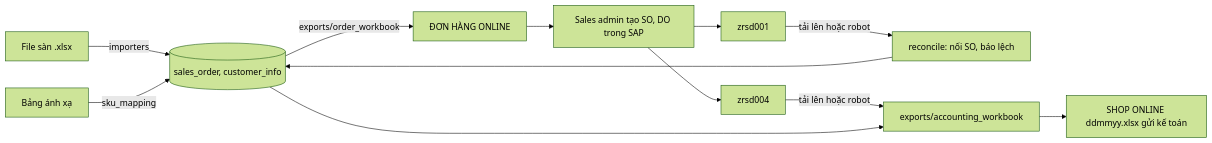
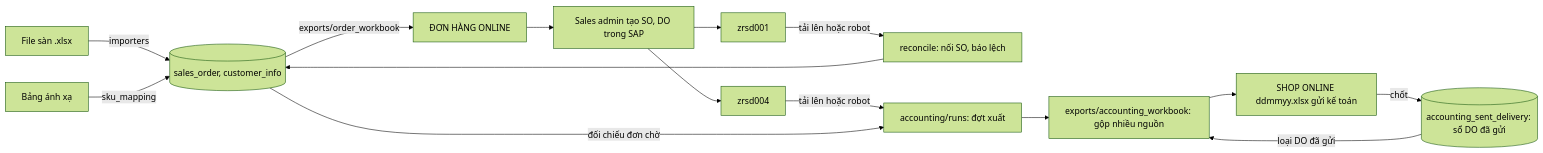
The diagram in docs/system-architecture.md (hotriluan/shoponline), drawn with Mermaid (forest theme) before and after one commit. The commit also changed other lines of this file and 49 other files, not shown here.

First line of the commit message:
feat(accounting): merge all platforms into one accounting file with a sent-delivery ledger

````diff
--- a/docs/system-architecture.md
+++ b/docs/system-architecture.md
@@ -20,14 +20,17 @@
 ```mermaid
 flowchart LR
   F[File sàn .xlsx] -->|importers| O[(sales_order, customer_info)]
   M[Bảng ánh xạ] -->|sku_mapping| O
   O -->|exports/order_workbook| D[ĐƠN HÀNG ONLINE]
   D --> SA[Sales admin tạo SO, DO trong SAP]
   SA --> R1[zrsd001]
   SA --> R4[zrsd004]
   R1 -->|tải lên hoặc robot| L[reconcile: nối SO, báo lệch]
-  R4 -->|tải lên hoặc robot| A[exports/accounting_workbook]
+  R4 -->|tải lên hoặc robot| RUN[accounting/runs: đợt xuất]
+  RUN --> A[exports/accounting_workbook: gộp nhiều nguồn]
   L --> O
-  O --> A
+  O -->|đối chiếu đơn chờ| RUN
   A --> K[SHOP ONLINE ddmmyy.xlsx gửi kế toán]
+  K -->|chốt| G[(accounting_sent_delivery: sổ DO đã gửi)]
+  G -->|loại DO đã gửi| A
 ```
````
